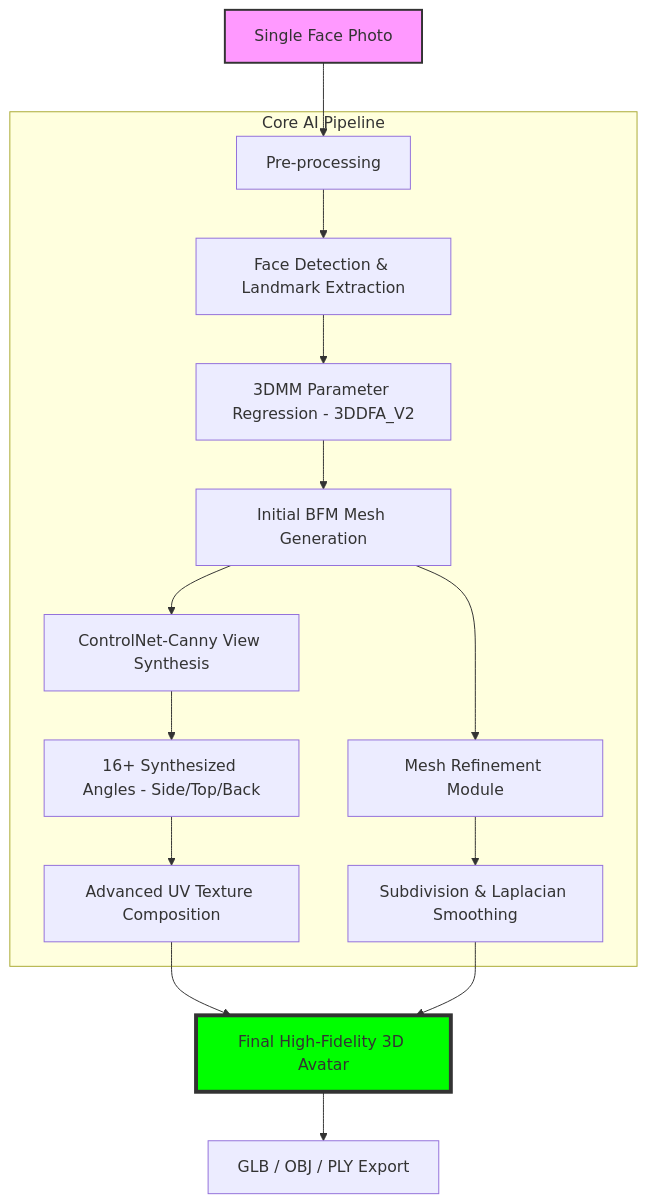
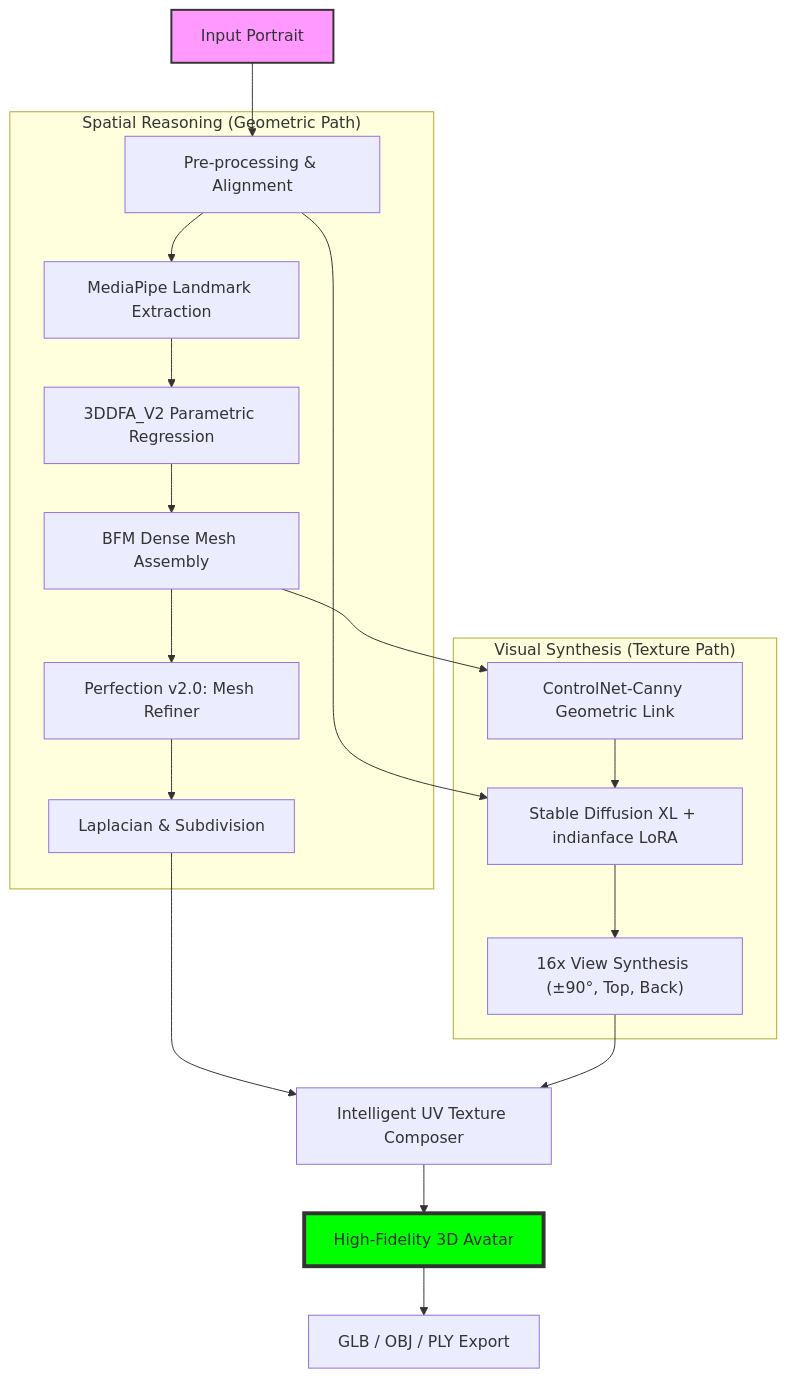
Before and after one commit to Dhruvil1308/Single-Image-to-Stylized-3D: the first of 2 diagrams in README.md, drawn with Mermaid. The commit also changed other lines of this file, not shown here.

Commit message:
docs: upgrade README to ultra-detailed version with math and diagrams

````diff
--- a/README.md
+++ b/README.md
@@ -24,28 +20,31 @@
 ```mermaid
 graph TD
-    %% Input Layer
-    IN[Single Face Photo] --> PRE[Pre-processing]
+    %% Input
+    INPUT[Input Portrait] --> PRE[Pre-processing & Alignment]
     
-    subgraph "Core AI Pipeline"
-    PRE --> DET[Face Detection & Landmark Extraction]
-    DET --> RECON[3DMM Parameter Regression - 3DDFA_V2]
-    RECON --> BASE_MESH[Initial BFM Mesh Generation]
-    
-    %% Multi-View Synthesis
-    BASE_MESH --> SYNTH[ControlNet-Canny View Synthesis]
-    SYNTH --> VIEWS["16+ Synthesized Angles - Side/Top/Back"]
-    
-    %% Refinement Layer
-    VIEWS --> TEX[Advanced UV Texture Composition]
-    BASE_MESH --> MESH_REF[Mesh Refinement Module]
-    MESH_REF --> SUBDIV[Subdivision & Laplacian Smoothing]
+    subgraph "Spatial Reasoning (Geometric Path)"
+        PRE --> DET[MediaPipe Landmark Extraction]
+        DET --> RECON[3DDFA_V2 Parametric Regression]
+        RECON --> BFM_GEN[BFM Dense Mesh Assembly]
+        BFM_GEN --> REFINE[Perfection v2.0: Mesh Refiner]
+        REFINE --> SMOOTH[Laplacian & Subdivision]
     end
     
-    %% Export Layer
-    TEX --> FINAL[Final High-Fidelity 3D Avatar]
-    SUBDIV --> FINAL
-    FINAL --> OUT[GLB / OBJ / PLY Export]
+    subgraph "Visual Synthesis (Texture Path)"
+        PRE --> SD_GEN[Stable Diffusion XL + indianface LoRA]
+        BFM_GEN --> CN_HINT[ControlNet-Canny Geometric Link]
+        CN_HINT --> SD_GEN
+        SD_GEN --> MV_GEN["16x View Synthesis (±90°, Top, Back)"]
+    end
+    
+    %% Blending
+    SMOOTH --> COMP[Intelligent UV Texture Composer]
+    MV_GEN --> COMP
+    
+    %% Output
+    COMP --> FINAL[High-Fidelity 3D Avatar]
+    FINAL --> EXPORT[GLB / OBJ / PLY Export]
 
-    style IN fill:#f9f,stroke:#333,stroke-width:2px
+    style INPUT fill:#f9f,stroke:#333,stroke-width:2px
     style FINAL fill:#00ff00,stroke:#333,stroke-width:4px
 ```
````
